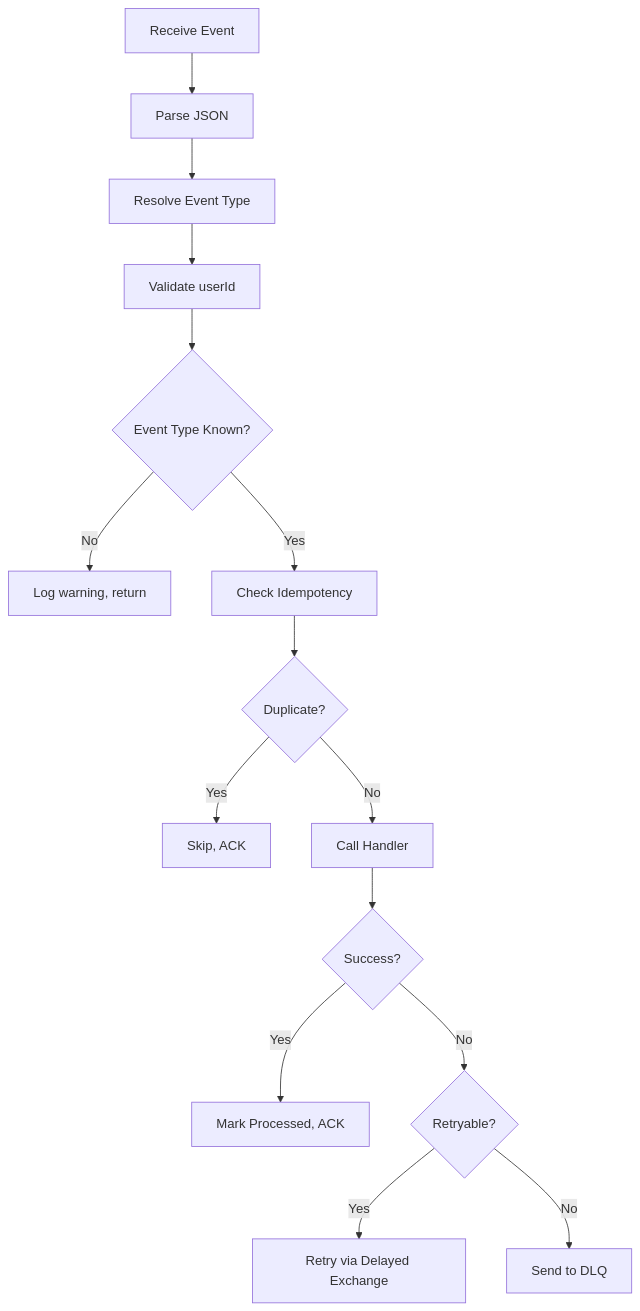
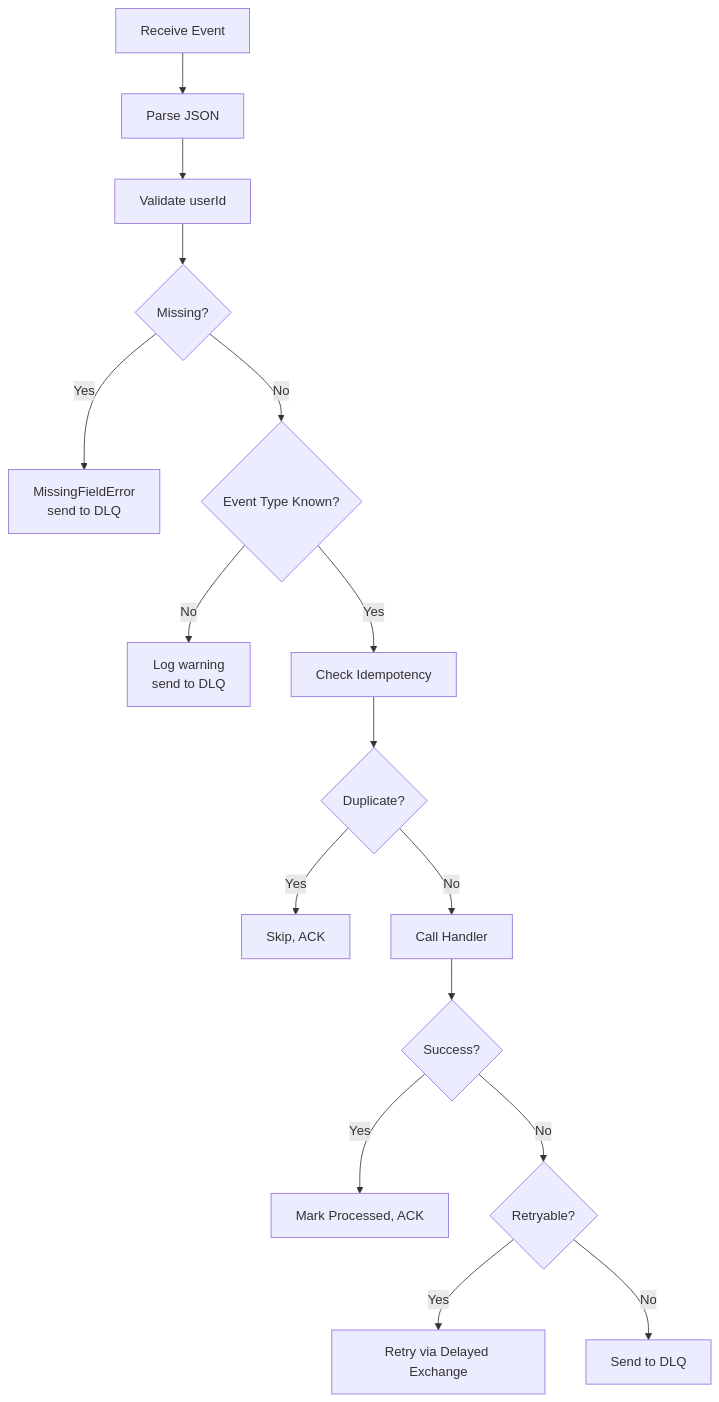
One commit to kunalPisolkar24/detectAI changed the second of 7 diagrams in services/workers/docs/components/payments-worker.md. Above: the diagram before and after it, drawn with Mermaid. The commit also changed other lines of this file and 10 other files, not shown here.

````diff
--- a/services/workers/docs/components/payments-worker.md
+++ b/services/workers/docs/components/payments-worker.md
@@ -32,17 +157,18 @@
 ```mermaid
 graph TB
     A[Receive Event] --> B[Parse JSON]
-    B --> C[Resolve Event Type]
-    C --> D[Validate userId]
-    D --> E{Event Type Known?}
-    E -->|No| F[Log warning, return]
-    E -->|Yes| G[Check Idempotency]
-    G --> H{Duplicate?}
-    H -->|Yes| I[Skip, ACK]
-    H -->|No| J[Call Handler]
-    J --> K{Success?}
-    K -->|Yes| L[Mark Processed, ACK]
-    K -->|No| M{Retryable?}
-    M -->|Yes| N[Retry via Delayed Exchange]
-    M -->|No| O[Send to DLQ]
+    B --> C[Validate userId]
+    C --> C1{Missing?}
+    C1 -->|Yes| C2[MissingFieldError<br/>send to DLQ]
+    C1 -->|No| D{Event Type Known?}
+    D -->|No| E[Log warning<br/>send to DLQ]
+    D -->|Yes| F[Check Idempotency]
+    F --> G{Duplicate?}
+    G -->|Yes| H[Skip, ACK]
+    G -->|No| I[Call Handler]
+    I --> J{Success?}
+    J -->|Yes| K[Mark Processed, ACK]
+    J -->|No| L{Retryable?}
+    L -->|Yes| M[Retry via Delayed Exchange]
+    L -->|No| N[Send to DLQ]
 ```
````
